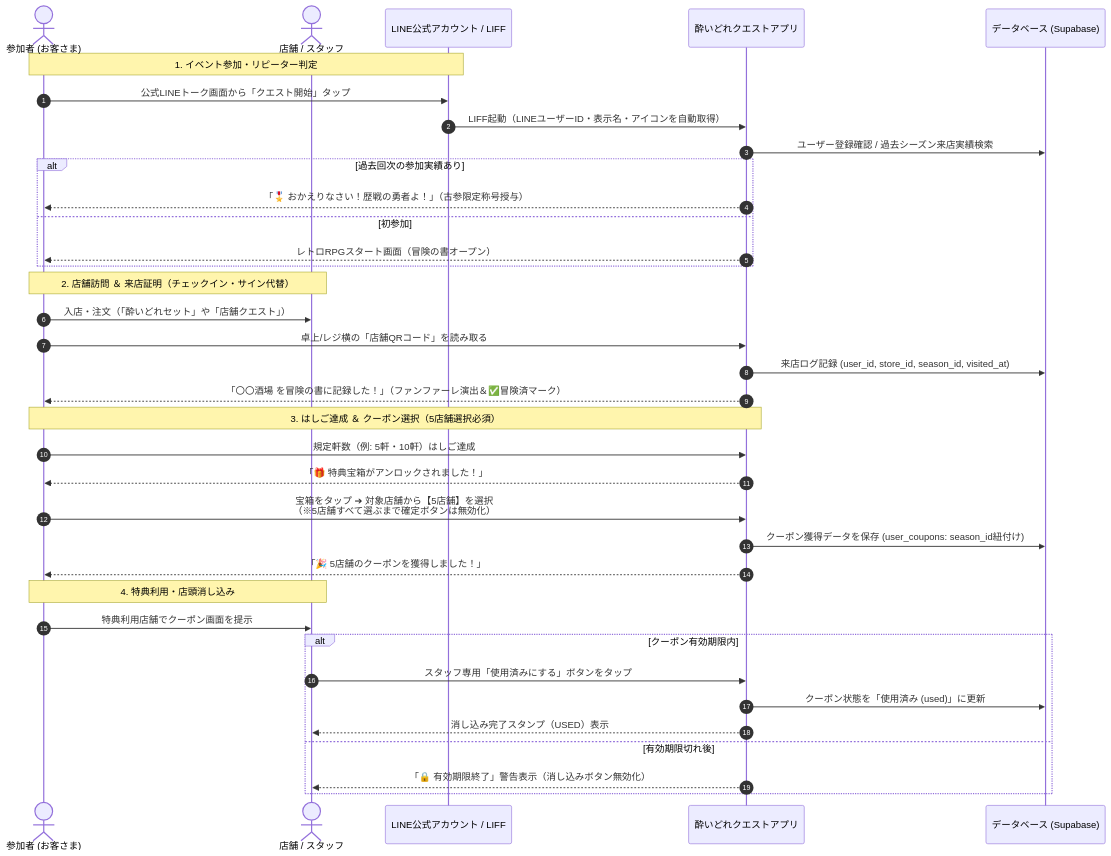
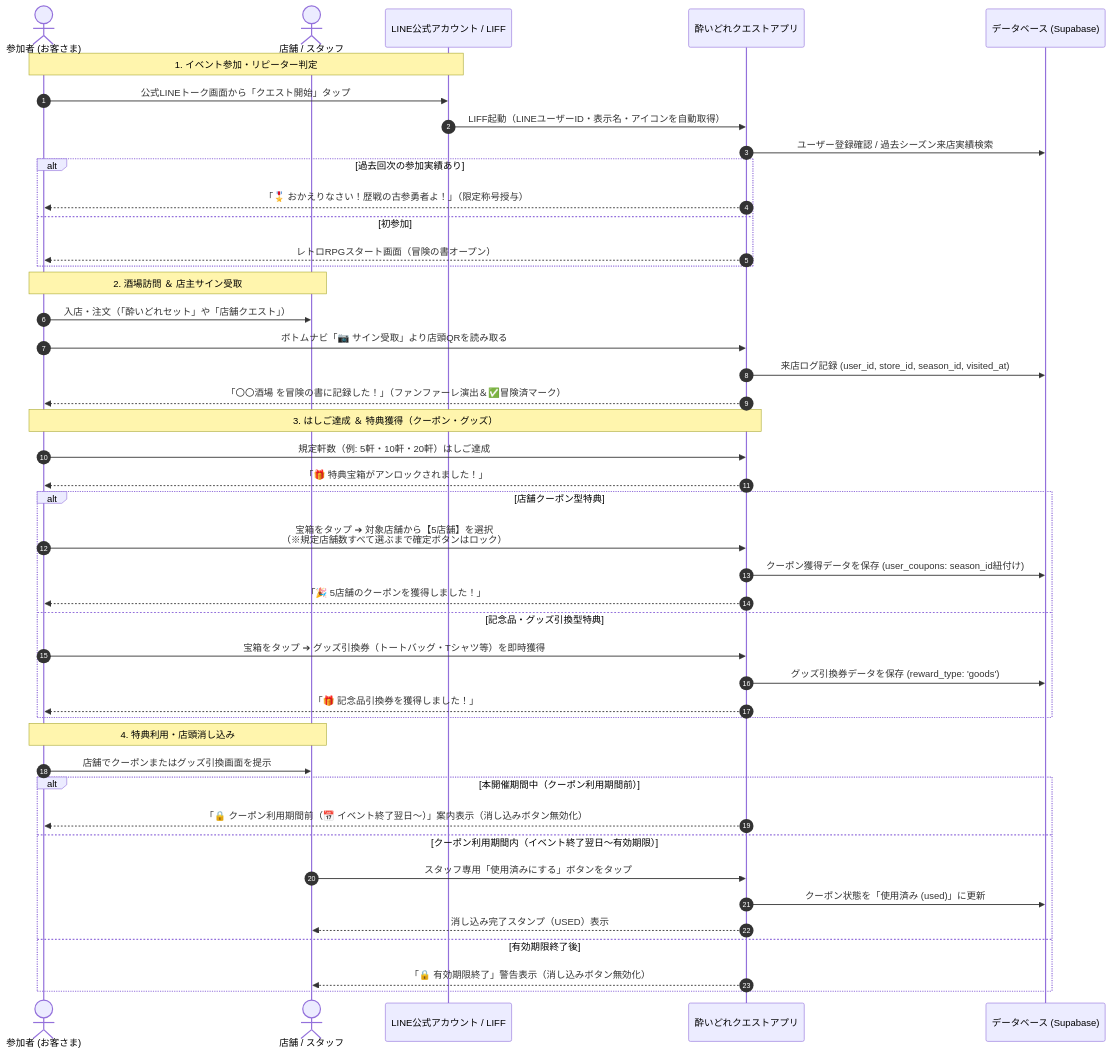
The second of 3 diagrams in doc/SPECIFICATION.md (taishoyoidore-ui/yoidore-quest2), drawn with Mermaid before and after one commit. The commit also changed other lines of this file and 6 other files, not shown here.

````diff
--- a/doc/SPECIFICATION.md
+++ b/doc/SPECIFICATION.md
@@ -66,42 +68,50 @@
 ```mermaid
 sequenceDiagram
     autonumber
     actor User as 参加者 (お客さま)
     actor Shop as 店舗 / スタッフ
     participant LINE as LINE公式アカウント / LIFF
     participant App as 酔いどれクエストアプリ
     participant DB as データベース (Supabase)
 
     Note over User, LINE: 1. イベント参加・リピーター判定
     User->>LINE: 公式LINEトーク画面から「クエスト開始」タップ
     LINE->>App: LIFF起動（LINEユーザーID・表示名・アイコンを自動取得）
     App->>DB: ユーザー登録確認 / 過去シーズン来店実績検索
     alt 過去回次の参加実績あり
-        App-->>User: 「🎖️ おかえりなさい！歴戦の勇者よ！」（古参限定称号授与）
+        App-->>User: 「🎖️ おかえりなさい！歴戦の古参勇者よ！」（限定称号授与）
     else 初参加
         App-->>User: レトロRPGスタート画面（冒険の書オープン）
     end
 
-    Note over User, Shop: 2. 店舗訪問 ＆ 来店証明（チェックイン・サイン代替）
+    Note over User, Shop: 2. 酒場訪問 ＆ 店主サイン受取
     User->>Shop: 入店・注文（「酔いどれセット」や「店舗クエスト」）
-    User->>App: 卓上/レジ横の「店舗QRコード」を読み取る
+    User->>App: ボトムナビ「📷 サイン受取」より店頭QRを読み取る
     App->>DB: 来店ログ記録 (user_id, store_id, season_id, visited_at)
     App-->>User: 「〇〇酒場 を冒険の書に記録した！」（ファンファーレ演出＆✅冒険済マーク）
 
-    Note over User, App: 3. はしご達成 ＆ クーポン選択（5店舗選択必須）
-    User->>App: 規定軒数（例: 5軒・10軒）はしご達成
+    Note over User, App: 3. はしご達成 ＆ 特典獲得（クーポン・グッズ）
+    User->>App: 規定軒数（例: 5軒・10軒・20軒）はしご達成
     App-->>User: 「🎁 特典宝箱がアンロックされました！」
-    User->>App: 宝箱をタップ ➔ 対象店舗から【5店舗】を選択<br/>（※5店舗すべて選ぶまで確定ボタンは無効化）
-    App->>DB: クーポン獲得データを保存 (user_coupons: season_id紐付け)
-    App-->>User: 「🎉 5店舗のクーポンを獲得しました！」
+    alt 店舗クーポン型特典
+        User->>App: 宝箱をタップ ➔ 対象店舗から【5店舗】を選択<br/>（※規定店舗数すべて選ぶまで確定ボタンはロック）
+        App->>DB: クーポン獲得データを保存 (user_coupons: season_id紐付け)
+        App-->>User: 「🎉 5店舗のクーポンを獲得しました！」
+    else 記念品・グッズ引換型特典
+        User->>App: 宝箱をタップ ➔ グッズ引換券（トートバッグ・Tシャツ等）を即時獲得
+        App->>DB: グッズ引換券データを保存 (reward_type: 'goods')
+        App-->>User: 「🎁 記念品引換券を獲得しました！」
+    end
 
     Note over User, Shop: 4. 特典利用・店頭消し込み
-    User->>Shop: 特典利用店舗でクーポン画面を提示
-    alt クーポン有効期限内
+    User->>Shop: 店舗でクーポンまたはグッズ引換画面を提示
+    alt 本開催期間中（クーポン利用期間前）
+        App-->>User: 「🔒 クーポン利用期間前（📅 イベント終了翌日〜）」案内表示（消し込みボタン無効化）
+    else クーポン利用期間内（イベント終了翌日〜有効期限）
         Shop->>App: スタッフ専用「使用済みにする」ボタンをタップ
         App->>DB: クーポン状態を「使用済み (used)」に更新
         App-->>Shop: 消し込み完了スタンプ（USED）表示
-    else 有効期限切れ後
+    else 有効期限終了後
         App-->>Shop: 「🔒 有効期限終了」警告表示（消し込みボタン無効化）
     end
 ```
````
